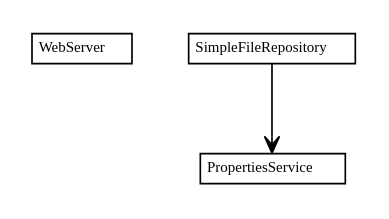
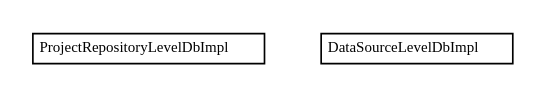
Before and after one commit to myunusov/pm: the diagram in components/apidocs/org/maxur/perfmodel/backend/infrastructure/org.maxur.perfmodel.backend.infrastructure.dot, drawn with Graphviz. The commit also changed 395 other files, not shown here.

```diff
--- a/components/apidocs/org/maxur/perfmodel/backend/infrastructure/org.maxur.perfmodel.backend.infrastructure.dot
+++ b/components/apidocs/org/maxur/perfmodel/backend/infrastructure/org.maxur.perfmodel.backend.infrastructure.dot
@@ -1,32 +1,24 @@
 #!/usr/local/bin/dot
 #
 # Class diagram 
 # Generated by UMLGraph version R5_6-24-gf6e263 (http://www.umlgraph.org/)
 #
 
 digraph G {
 	edge [fontname="Trebuchet MS",fontsize=10,labelfontname="Trebuchet MS",labelfontsize=10];
 	node [fontname="Trebuchet MS",fontsize=10,shape=plaintext];
 	nodesep=0.25;
 	ranksep=0.5;
-	// org.maxur.perfmodel.backend.infrastructure.WebServer
-	c18 [label=<<table title="org.maxur.perfmodel.backend.infrastructure.WebServer" border="0" cellborder="1" cellspacing="0" cellpadding="2" port="p" href="./WebServer.html">
+	// org.maxur.perfmodel.backend.infrastructure.ProjectRepositoryLevelDbImpl
+	c69 [label=<<table title="org.maxur.perfmodel.backend.infrastructure.ProjectRepositoryLevelDbImpl" border="0" cellborder="1" cellspacing="0" cellpadding="2" port="p" href="./ProjectRepositoryLevelDbImpl.html">
 		<tr><td><table border="0" cellspacing="0" cellpadding="1">
-<tr><td align="center" balign="center"><font face="Trebuchet MS"> WebServer </font></td></tr>
+<tr><td align="center" balign="center"><font face="Trebuchet MS"> ProjectRepositoryLevelDbImpl </font></td></tr>
 		</table></td></tr>
-		</table>>, URL="./WebServer.html", fontname="Trebuchet MS", fontcolor="black", fontsize=9.0];
-	// org.maxur.perfmodel.backend.infrastructure.SimpleFileRepository
-	c19 [label=<<table title="org.maxur.perfmodel.backend.infrastructure.SimpleFileRepository" border="0" cellborder="1" cellspacing="0" cellpadding="2" port="p" href="./SimpleFileRepository.html">
+		</table>>, URL="./ProjectRepositoryLevelDbImpl.html", fontname="Trebuchet MS", fontcolor="black", fontsize=9.0];
+	// org.maxur.perfmodel.backend.infrastructure.DataSourceLevelDbImpl
+	c70 [label=<<table title="org.maxur.perfmodel.backend.infrastructure.DataSourceLevelDbImpl" border="0" cellborder="1" cellspacing="0" cellpadding="2" port="p" href="./DataSourceLevelDbImpl.html">
 		<tr><td><table border="0" cellspacing="0" cellpadding="1">
-<tr><td align="center" balign="center"><font face="Trebuchet MS"> SimpleFileRepository </font></td></tr>
+<tr><td align="center" balign="center"><font face="Trebuchet MS"> DataSourceLevelDbImpl </font></td></tr>
 		</table></td></tr>
-		</table>>, URL="./SimpleFileRepository.html", fontname="Trebuchet MS", fontcolor="black", fontsize=9.0];
-	// org.maxur.perfmodel.backend.infrastructure.PropertiesService
-	c20 [label=<<table title="org.maxur.perfmodel.backend.infrastructure.PropertiesService" border="0" cellborder="1" cellspacing="0" cellpadding="2" port="p" href="./PropertiesService.html">
-		<tr><td><table border="0" cellspacing="0" cellpadding="1">
-<tr><td align="center" balign="center"><font face="Trebuchet MS"> PropertiesService </font></td></tr>
-		</table></td></tr>
-		</table>>, URL="./PropertiesService.html", fontname="Trebuchet MS", fontcolor="black", fontsize=9.0];
-	// org.maxur.perfmodel.backend.infrastructure.SimpleFileRepository NAVASSOC org.maxur.perfmodel.backend.infrastructure.PropertiesService
-	c19:p -> c20:p [taillabel="", label="", headlabel="", fontname="Trebuchet MS", fontcolor="black", fontsize=10.0, color="black", arrowhead=open];
+		</table>>, URL="./DataSourceLevelDbImpl.html", fontname="Trebuchet MS", fontcolor="black", fontsize=9.0];
 }
```
